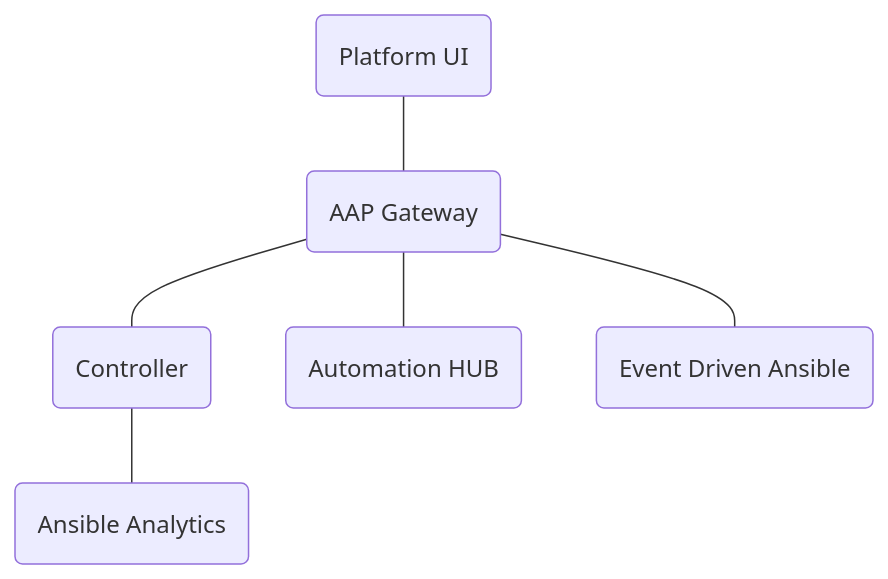
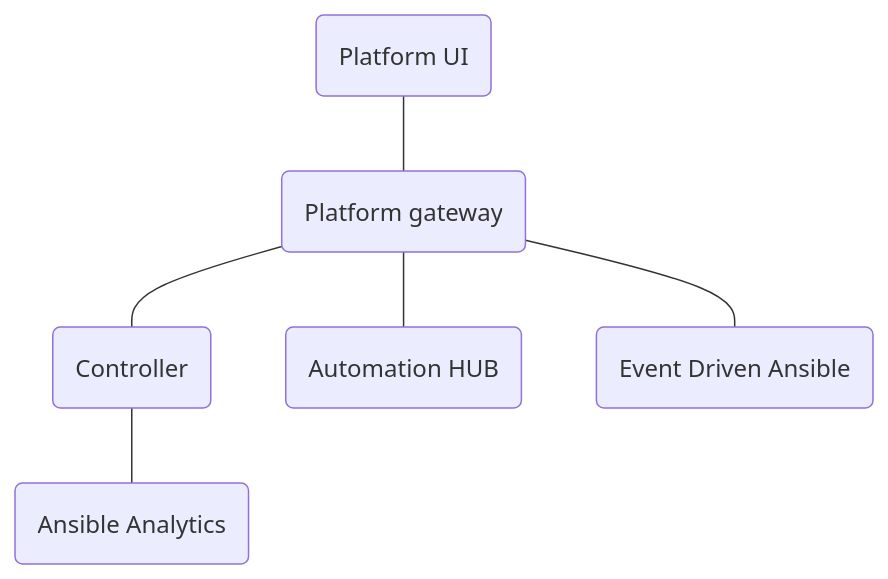
The diagram in platform/PLATFORM.md (ansible/ansible-ui), drawn with Mermaid before and after one commit. The commit also changed other lines of this file and 2 other files, not shown here.

Commit message:
[AAP-23873] Removes references to the gateway from the UI (#334)

````diff
--- a/platform/PLATFORM.md
+++ b/platform/PLATFORM.md
@@ -5,8 +5,8 @@
 ```mermaid
 flowchart TD
-   ui(Platform UI) --- gateway(AAP Gateway)
-   gateway --- awx(Controller)
-   gateway --- hub(Automation HUB)
-   gateway --- eda(Event Driven Ansible)
+   ui(Platform UI) --- platform(Platform gateway)
+   platform --- awx(Controller)
+   platform --- hub(Automation HUB)
+   platform --- eda(Event Driven Ansible)
    awx --- aa(Ansible Analytics)
 ```
````
